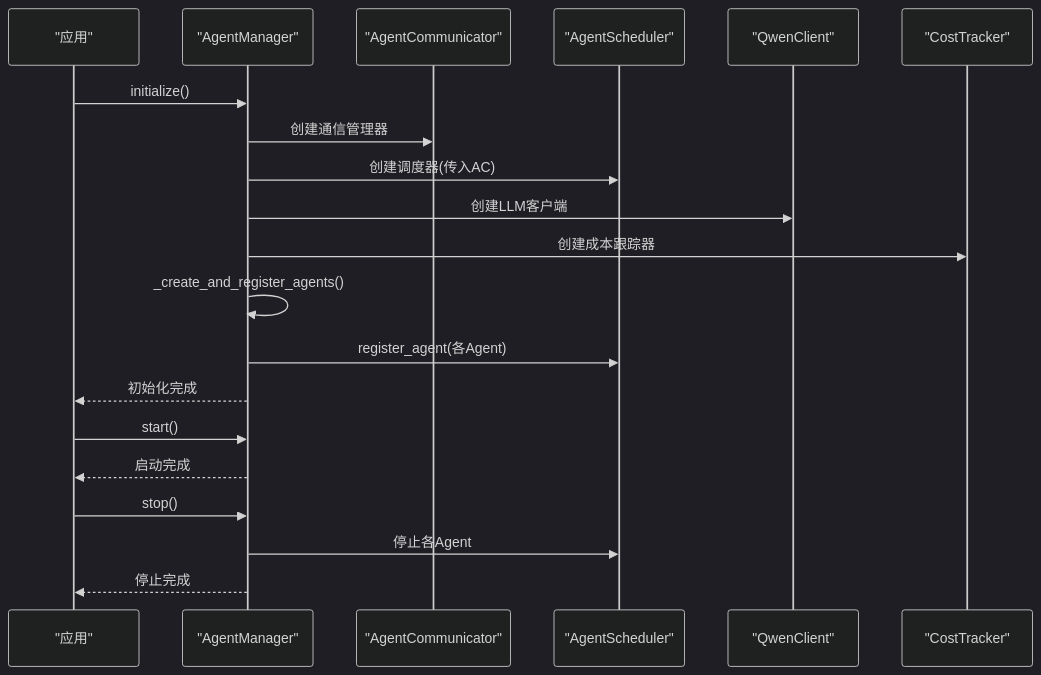
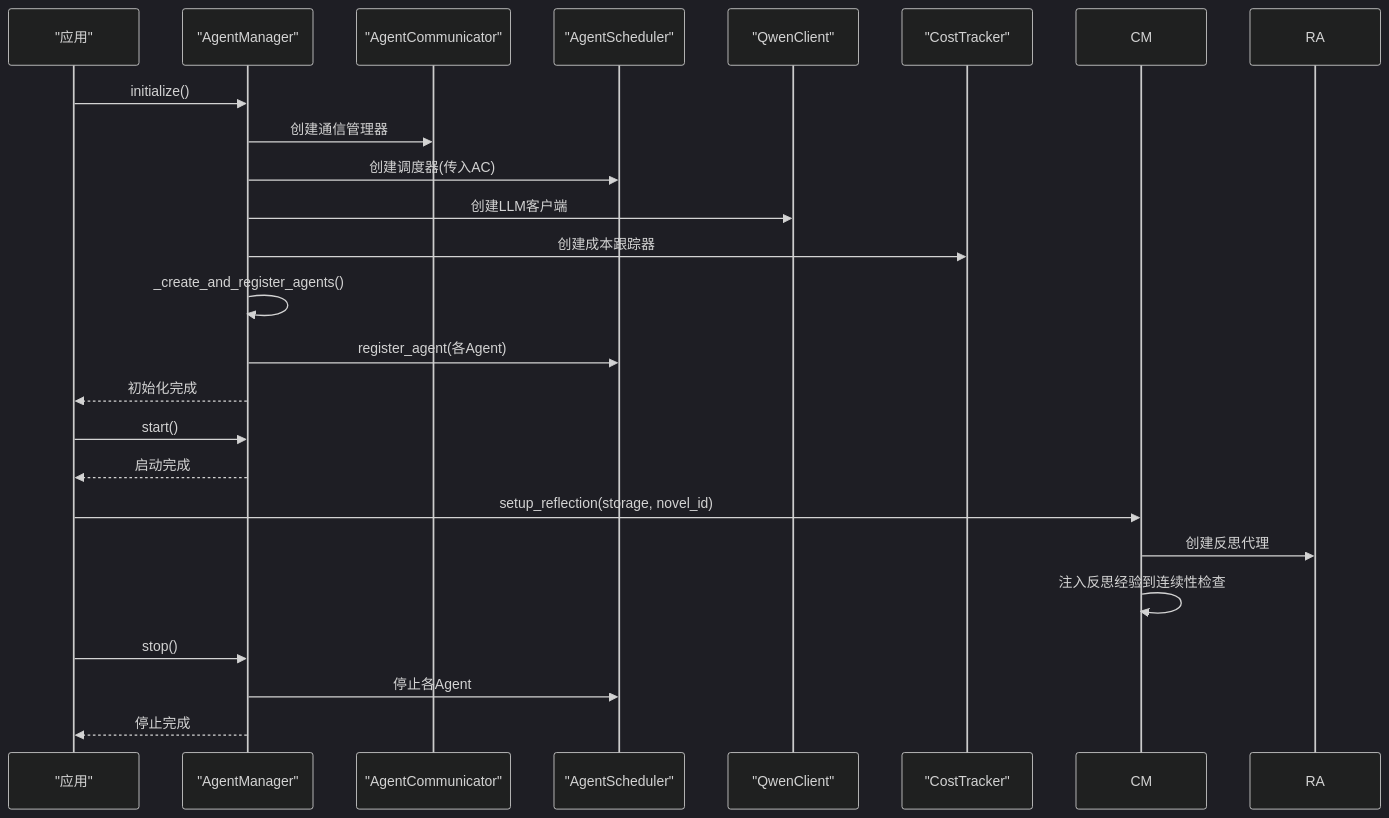
One commit to xfbyxq/ai-novel-system changed the second of 11 diagrams in .qoder/repowiki/zh/content/AI智能体系统/Agent管理器核心.md. Above: the diagram before and after it, drawn with Mermaid (dark theme). The commit also changed other lines of this file and 11 other files, not shown here.

````diff
--- a/.qoder/repowiki/zh/content/AI智能体系统/Agent管理器核心.md
+++ b/.qoder/repowiki/zh/content/AI智能体系统/Agent管理器核心.md
@@ -141,22 +156,25 @@
 ```mermaid
 sequenceDiagram
 participant App as "应用"
 participant AM as "AgentManager"
 participant AC as "AgentCommunicator"
 participant AS as "AgentScheduler"
 participant QC as "QwenClient"
 participant CT as "CostTracker"
 App->>AM : initialize()
 AM->>AC : 创建通信管理器
 AM->>AS : 创建调度器(传入AC)
 AM->>QC : 创建LLM客户端
 AM->>CT : 创建成本跟踪器
 AM->>AM : _create_and_register_agents()
 AM->>AS : register_agent(各Agent)
 AM-->>App : 初始化完成
 App->>AM : start()
 AM-->>App : 启动完成
+App->>CM : setup_reflection(storage, novel_id)
+CM->>RA : 创建反思代理
+CM->>CM : 注入反思经验到连续性检查
 App->>AM : stop()
 AM->>AS : 停止各Agent
 AM-->>App : 停止完成
 ```
````
